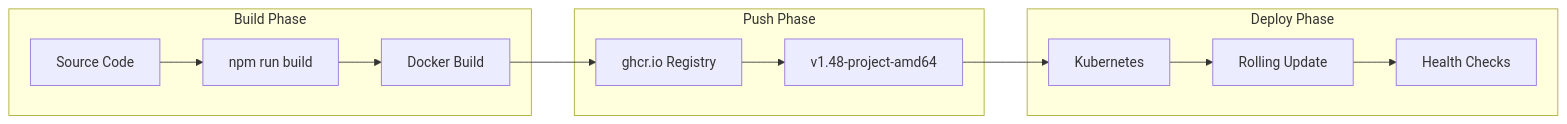
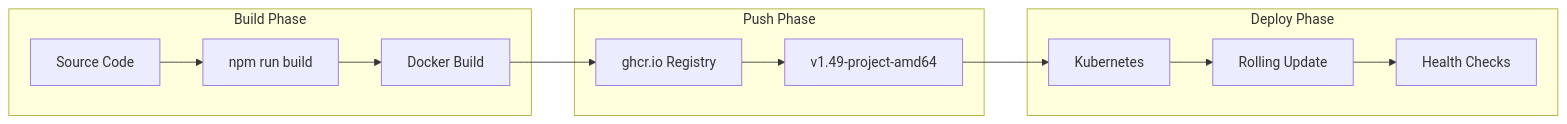
Before and after one commit to connectplatform/ring: the eighth of 10 diagrams in README.md, drawn with Mermaid. The commit also changed other lines of this file and 4 other files, not shown here.

````diff
--- a/README.md
+++ b/README.md
@@ -756,27 +756,27 @@
 ```mermaid
 flowchart LR
     subgraph Build["Build Phase"]
         CODE[Source Code]
         NPM[npm run build]
         DOCKER[Docker Build]
     end
     
     subgraph Push["Push Phase"]
         GHCR[ghcr.io Registry]
-        TAG[v1.48-project-amd64]
+        TAG[v1.49-project-amd64]
     end
     
     subgraph Deploy["Deploy Phase"]
         K8S[Kubernetes]
         ROLL[Rolling Update]
         HEALTH[Health Checks]
     end
     
     CODE --> NPM
     NPM --> DOCKER
     DOCKER --> GHCR
     GHCR --> TAG
     TAG --> K8S
     K8S --> ROLL
     ROLL --> HEALTH
 ```
````
